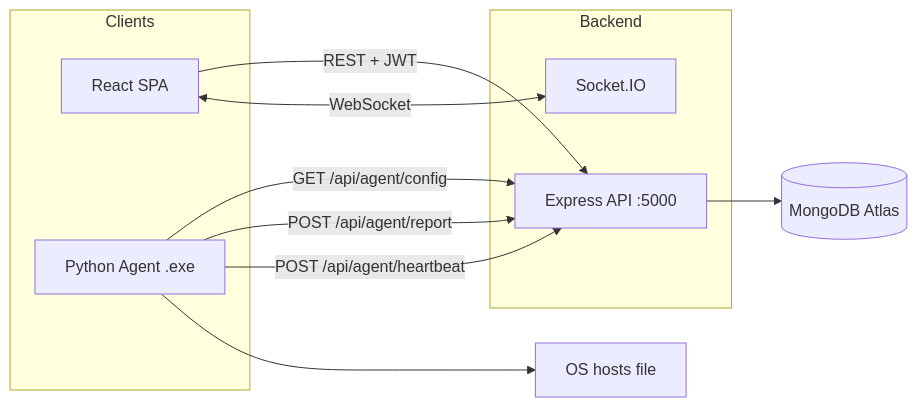
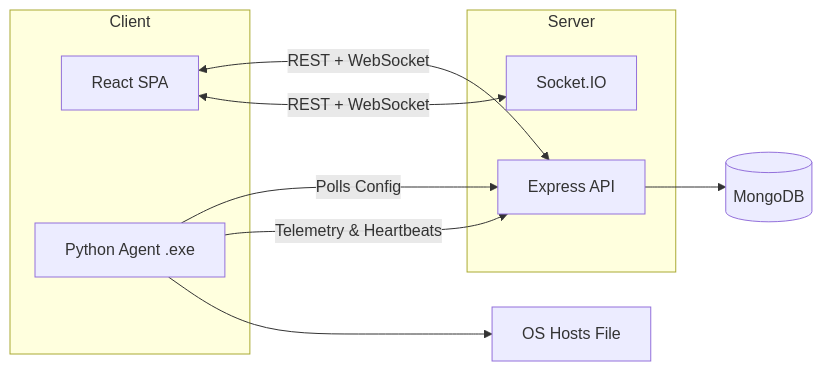
Before and after one commit to SanskarG-20/Academia-Shield: the diagram in README.md, drawn with Mermaid. The commit also changed other lines of this file, not shown here.

````diff
--- a/README.md
+++ b/README.md
@@ -116,19 +28,18 @@
 ```mermaid
 flowchart LR
-  subgraph clients [Clients]
+  subgraph Client
     WEB[React SPA]
     AGENT[Python Agent .exe]
   end
-  subgraph server [Backend]
-    API[Express API :5000]
+  subgraph Server
+    API[Express API]
     SOCKET[Socket.IO]
   end
-  DB[(MongoDB Atlas)]
-  WEB -->|REST + JWT| API
-  WEB <-->|WebSocket| SOCKET
-  AGENT -->|GET /api/agent/config| API
-  AGENT -->|POST /api/agent/report| API
-  AGENT -->|POST /api/agent/heartbeat| API
+  DB[(MongoDB)]
+  
+  WEB <-->|REST + WebSocket| API & SOCKET
+  AGENT -->|Polls Config| API
+  AGENT -->|Telemetry & Heartbeats| API
   API --> DB
-  AGENT --> HOSTS[OS hosts file]
+  AGENT --> HOSTS[OS Hosts File]
 ```
````
